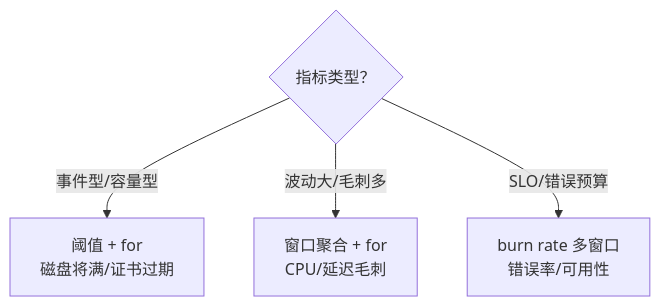
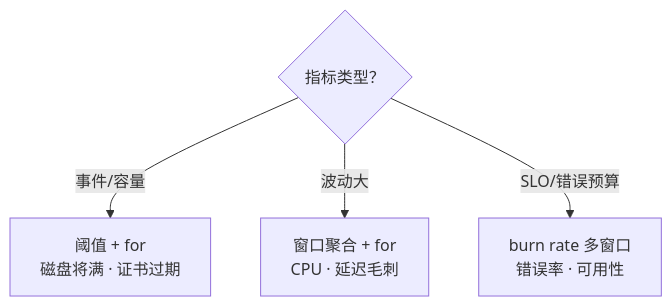
One commit to ml-cuizijun/LearnToLilith changed the second of 5 diagrams in 09-可观测性与SRE方法论/03-告警设计与降噪/知识点.md. Above: the diagram before and after it, drawn with Mermaid. The commit also changed other lines of this file and 178 other files, not shown here.

````diff
--- a/09-可观测性与SRE方法论/03-告警设计与降噪/知识点.md
+++ b/09-可观测性与SRE方法论/03-告警设计与降噪/知识点.md
@@ -126,7 +109,7 @@
 ```mermaid
 flowchart TB
     Q{"指标类型？"}
-    Q -->|事件型/容量型| A["阈值 + for<br/>磁盘将满/证书过期"]
-    Q -->|波动大/毛刺多| B["窗口聚合 + for<br/>CPU/延迟毛刺"]
-    Q -->|SLO/错误预算| C["burn rate 多窗口<br/>错误率/可用性"]
+    Q -->|事件/容量| A["阈值 + for<br/>磁盘将满 · 证书过期"]
+    Q -->|波动大| B["窗口聚合 + for<br/>CPU · 延迟毛刺"]
+    Q -->|SLO/错误预算| C["burn rate 多窗口<br/>错误率 · 可用性"]
 ```
````
